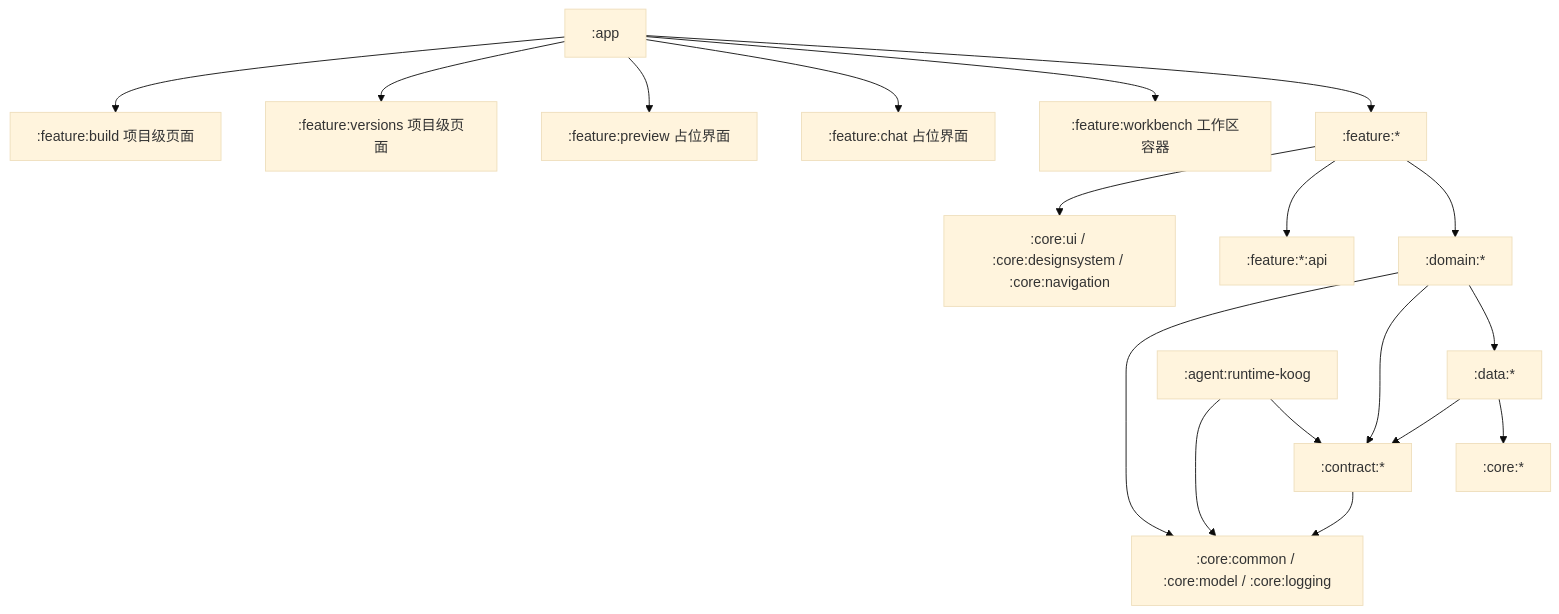
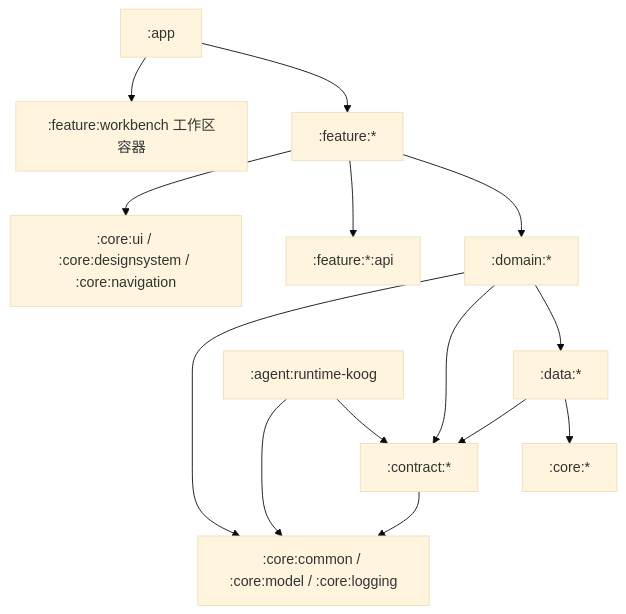
One commit to yclw/new-advd changed the diagram in ARCHITECTURE.md. Above: the diagram before and after it, drawn with Mermaid (base theme). The commit also changed other lines of this file and 66 other files, not shown here.

````diff
--- a/ARCHITECTURE.md
+++ b/ARCHITECTURE.md
@@ -38,24 +38,20 @@
 ```mermaid
 graph TD
     app[":app"] --> feature[":feature:*"]
     app --> workbench[":feature:workbench 工作区容器"]
-    app --> chat[":feature:chat 占位界面"]
-    app --> previewUi[":feature:preview 占位界面"]
-    app --> versionsUi[":feature:versions 项目级页面"]
-    app --> buildUi[":feature:build 项目级页面"]
 
     feature --> domain[":domain:*"]
     feature --> featureApi[":feature:*:api"]
     feature --> uiCore[":core:ui / :core:designsystem / :core:navigation"]
 
     domain --> data[":data:*"]
     domain --> contract[":contract:*"]
     domain --> common[":core:common / :core:model / :core:logging"]
 
     data --> core[":core:*"]
     data --> contract
 
     agentRuntime[":agent:runtime-koog"] --> contract
     agentRuntime --> common
     contract --> common
 ```
````
